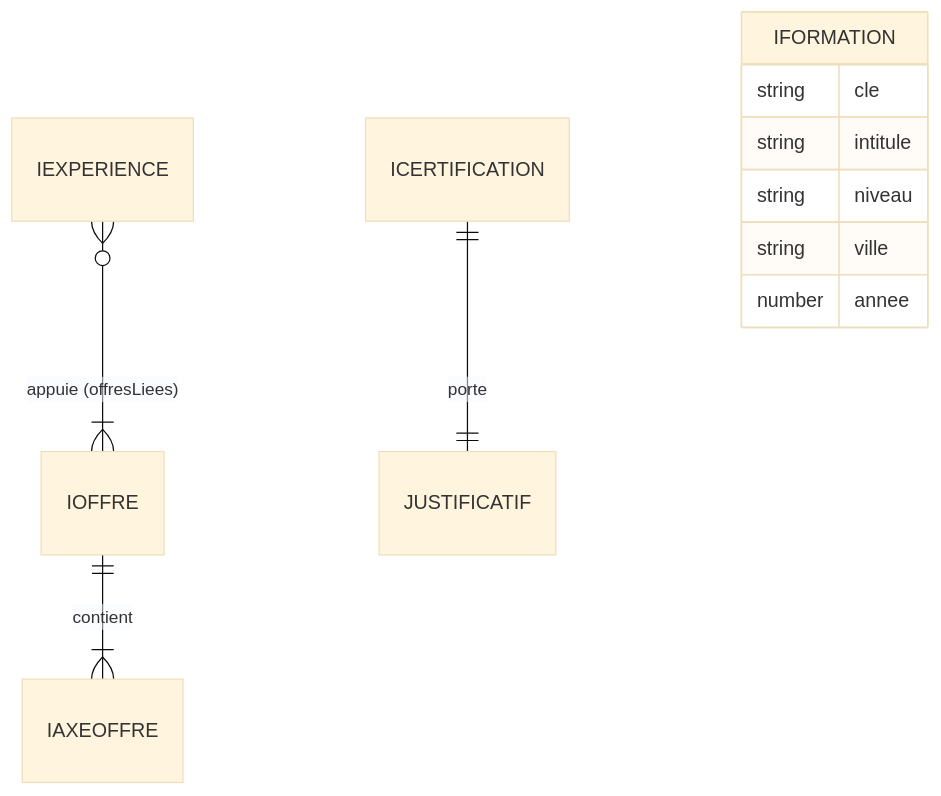
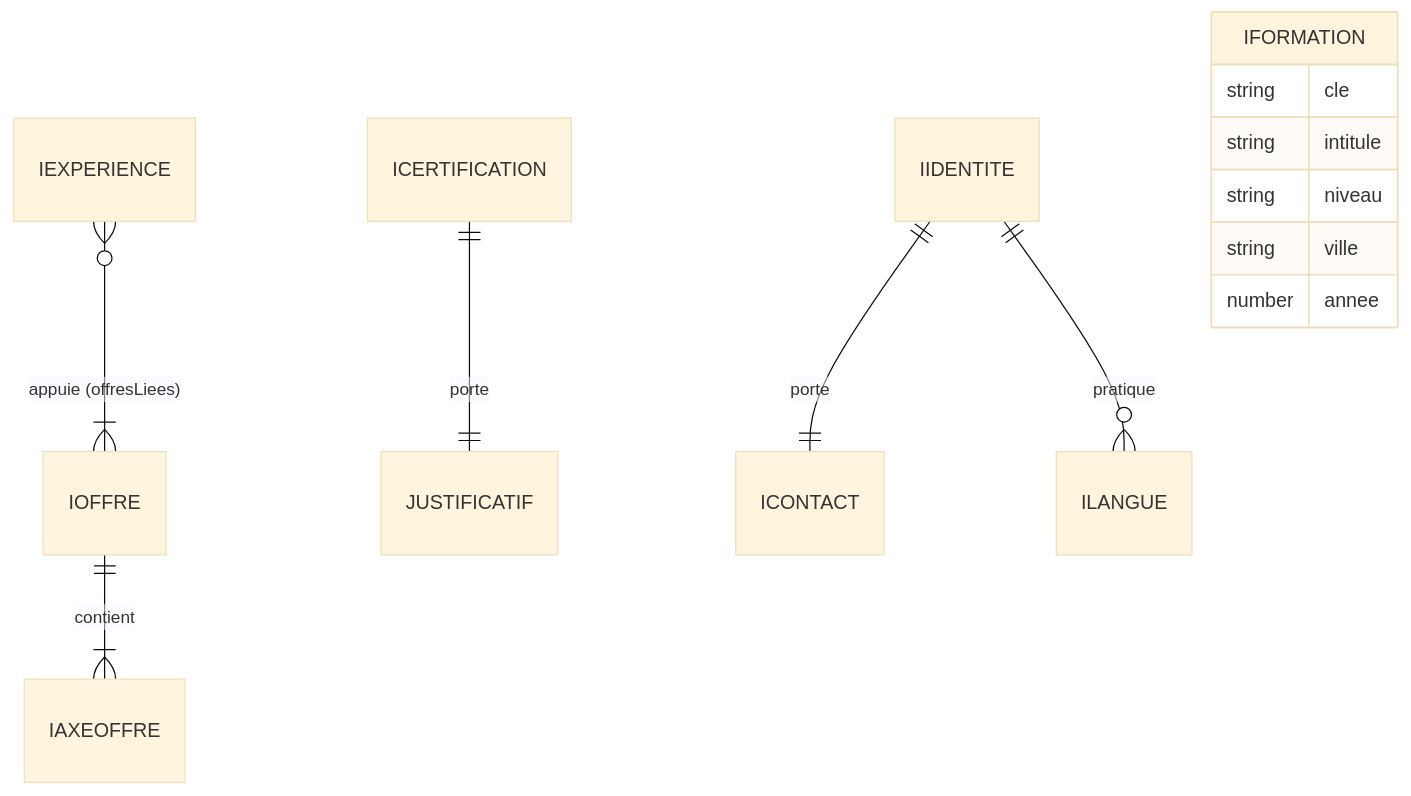
Before and after one commit to Jerome-Marichez/jeromemarichez2026: the diagram in docs/data-model.md, drawn with Mermaid (base theme). The commit also changed other lines of this file and 2 other files, not shown here.

````diff
--- a/docs/data-model.md
+++ b/docs/data-model.md
@@ -33,13 +36,15 @@
 ```mermaid
 erDiagram
     IOFFRE      ||--|{ IAXEOFFRE     : "contient"
     IEXPERIENCE }o--|{ IOFFRE        : "appuie (offresLiees)"
     ICERTIFICATION ||--|| JUSTIFICATIF : "porte"
+    IIDENTITE   ||--|| ICONTACT      : "porte"
+    IIDENTITE   ||--o{ ILANGUE       : "pratique"
     IFORMATION  {
         string cle
         string intitule
         string niveau
         string ville
         number annee
     }
 ```
````
